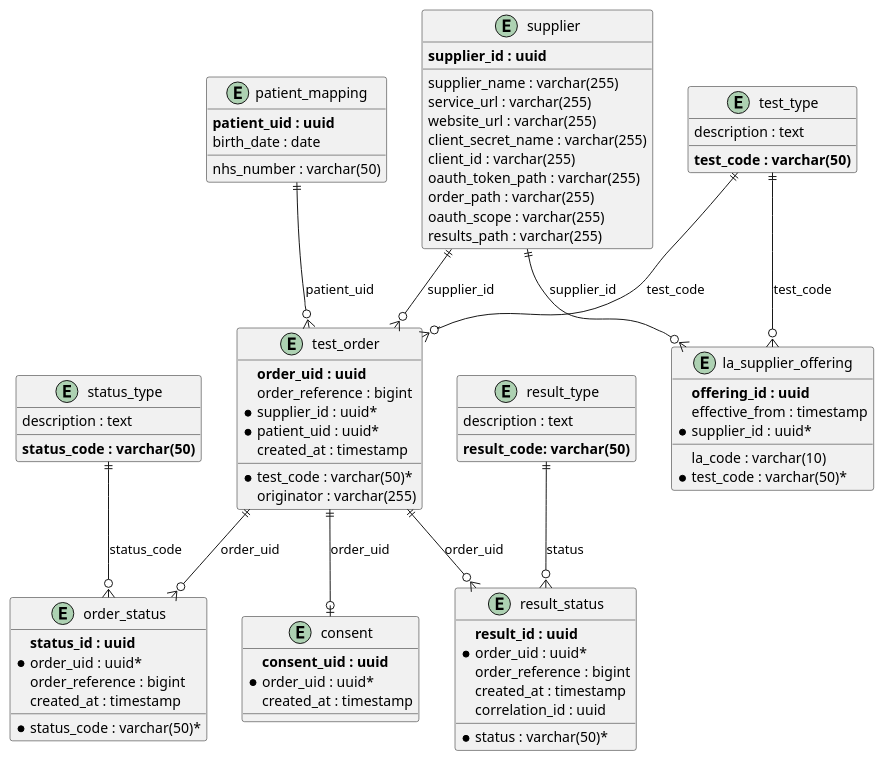
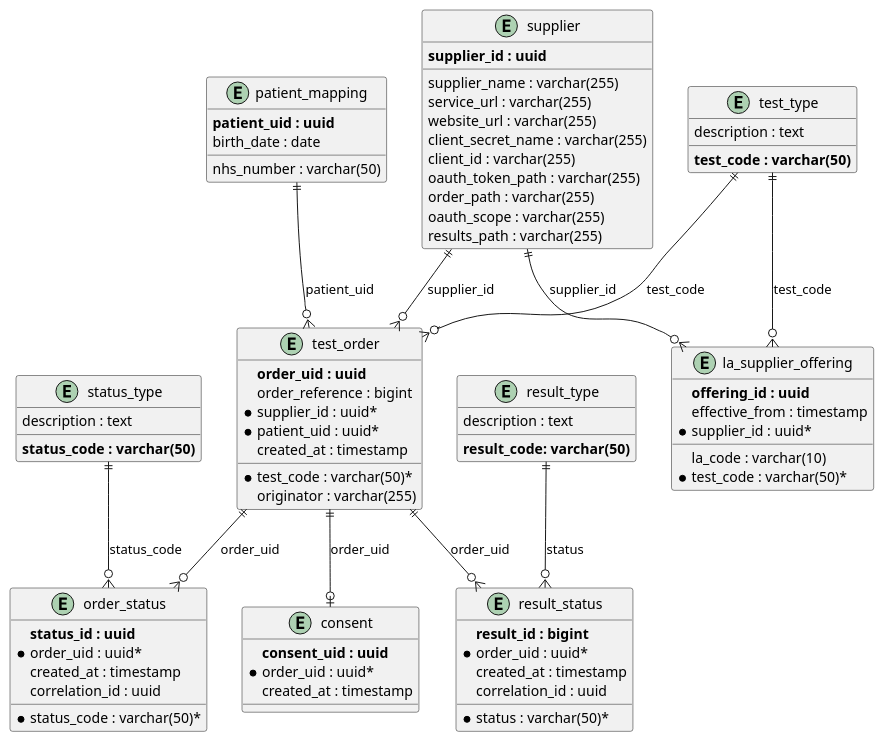
The diagram in database/schema_diagram.puml (NHSDigital/hometest-service), drawn with PlantUML before and after one commit. The commit also changed 3 other files, not shown here.

```diff
--- a/database/schema_diagram.puml
+++ b/database/schema_diagram.puml
@@ -1,92 +1,91 @@
 @startuml
 entity "patient_mapping" as patient {
   **patient_uid : uuid**
   nhs_number : varchar(50)
   birth_date : date
 }
 
 entity "test_type" as test {
   **test_code : varchar(50)**
   description : text
 }
 
 entity "supplier" as supplier {
   **supplier_id : uuid**
   supplier_name : varchar(255)
   service_url : varchar(255)
   website_url : varchar(255)
   client_secret_name : varchar(255)
   client_id : varchar(255)
   oauth_token_path : varchar(255)
   order_path : varchar(255)
   oauth_scope : varchar(255)
   results_path : varchar(255)
 }
 
 entity "la_supplier_offering" as offering {
   **offering_id : uuid**
   la_code : varchar(10)
   effective_from : timestamp
   *supplier_id : uuid*
   *test_code : varchar(50)*
 }
 
 entity "test_order" as orders {
   **order_uid : uuid**
   order_reference : bigint
   *supplier_id : uuid*
   *patient_uid : uuid*
   *test_code : varchar(50)*
   originator : varchar(255)
   created_at : timestamp
 }
 
 entity "status_type" as status_type {
   **status_code : varchar(50)**
   description : text
 }
 
 entity "order_status" as order_status {
   **status_id : uuid**
   *order_uid : uuid*
-  order_reference : bigint
   *status_code : varchar(50)*
   created_at : timestamp
+  correlation_id : uuid
 }
 
 entity "result_type" as result_type {
   **result_code: varchar(50)**
   description : text
 }
 
 entity "result_status" as result_status {
-  **result_id : uuid**
+  **result_id : bigint**
   *order_uid : uuid*
-  order_reference : bigint
   *status : varchar(50)*
   created_at : timestamp
   correlation_id : uuid
 }
 
 entity "consent" as consent {
   **consent_uid : uuid**
   *order_uid : uuid*
   created_at : timestamp
 }
 
 ' Relationships
 patient ||--o{ orders : "patient_uid"
 supplier ||--o{ orders : "supplier_id"
 test ||--o{ orders : "test_code"
 
 supplier ||--o{ offering : "supplier_id"
 test ||--o{ offering : "test_code"
 
 orders ||--o{ order_status : "order_uid"
 orders ||--o{ result_status : "order_uid"
 orders ||--o| consent : "order_uid"
 
 status_type ||--o{ order_status : "status_code"
 result_type ||--o{ result_status : "status"
 
 @enduml
```
